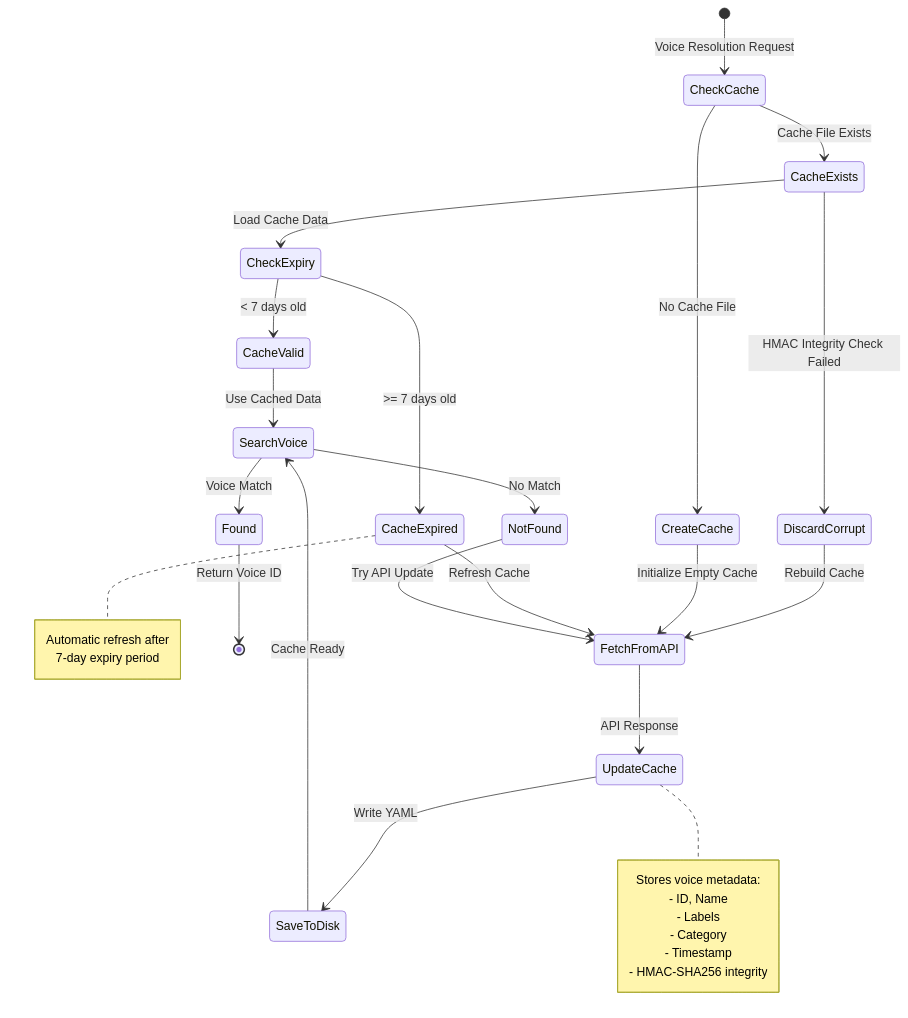
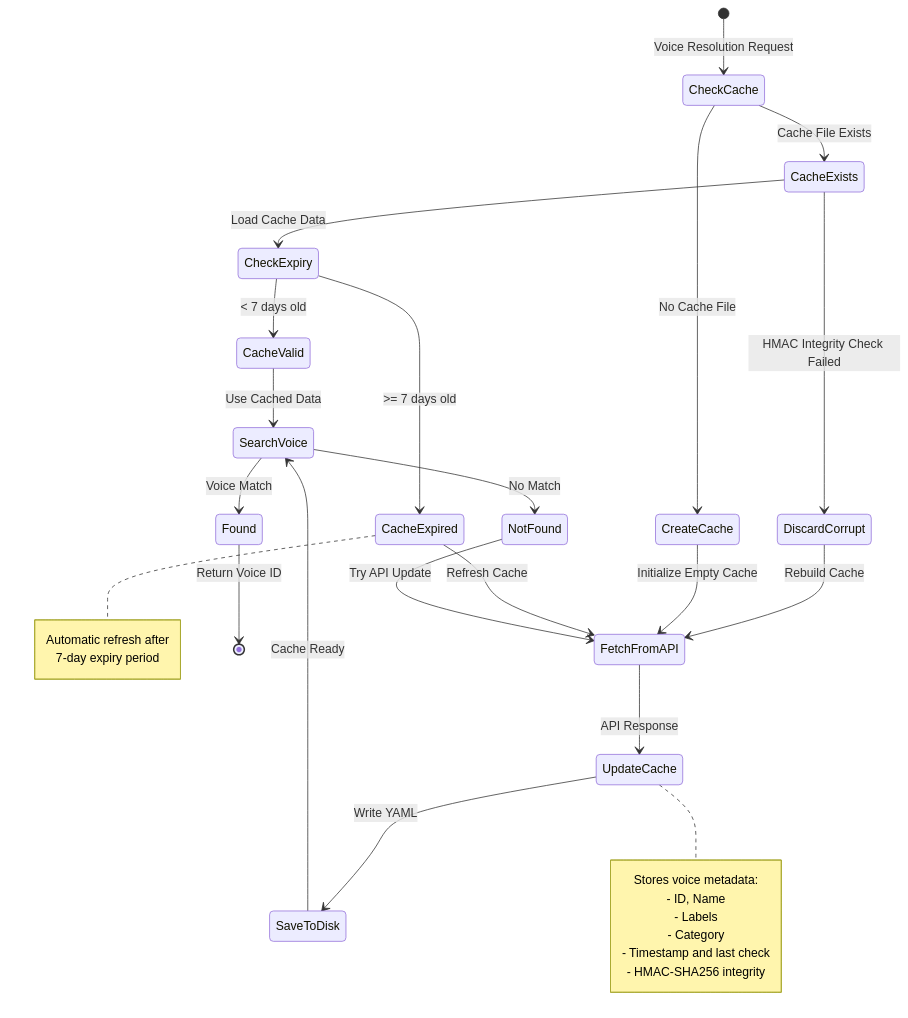
One commit to paulrobello/par-cli-tts changed the eighth of 21 diagrams in docs/ARCHITECTURE.md. Above: the diagram before and after it, drawn with Mermaid. The commit also changed other lines of this file and 3 other files, not shown here.

````diff
--- a/docs/ARCHITECTURE.md
+++ b/docs/ARCHITECTURE.md
@@ -857,42 +947,42 @@
 ```mermaid
 stateDiagram-v2
     [*] --> CheckCache: Voice Resolution Request
 
     CheckCache --> CacheExists: Cache File Exists
     CheckCache --> CreateCache: No Cache File
 
     CacheExists --> CheckExpiry: Load Cache Data
     CacheExists --> DiscardCorrupt: HMAC Integrity Check Failed
     DiscardCorrupt --> FetchFromAPI: Rebuild Cache
     CreateCache --> FetchFromAPI: Initialize Empty Cache
 
     CheckExpiry --> CacheValid: < 7 days old
     CheckExpiry --> CacheExpired: >= 7 days old
 
     CacheValid --> SearchVoice: Use Cached Data
     CacheExpired --> FetchFromAPI: Refresh Cache
 
     FetchFromAPI --> UpdateCache: API Response
     UpdateCache --> SaveToDisk: Write YAML
     SaveToDisk --> SearchVoice: Cache Ready
 
     SearchVoice --> Found: Voice Match
     SearchVoice --> NotFound: No Match
 
     Found --> [*]: Return Voice ID
     NotFound --> FetchFromAPI: Try API Update
 
     note right of CacheExpired
         Automatic refresh after
         7-day expiry period
     end note
 
     note right of UpdateCache
         Stores voice metadata:
         - ID, Name
         - Labels
         - Category
-        - Timestamp
+        - Timestamp and last check
         - HMAC-SHA256 integrity
     end note
 ```
````
